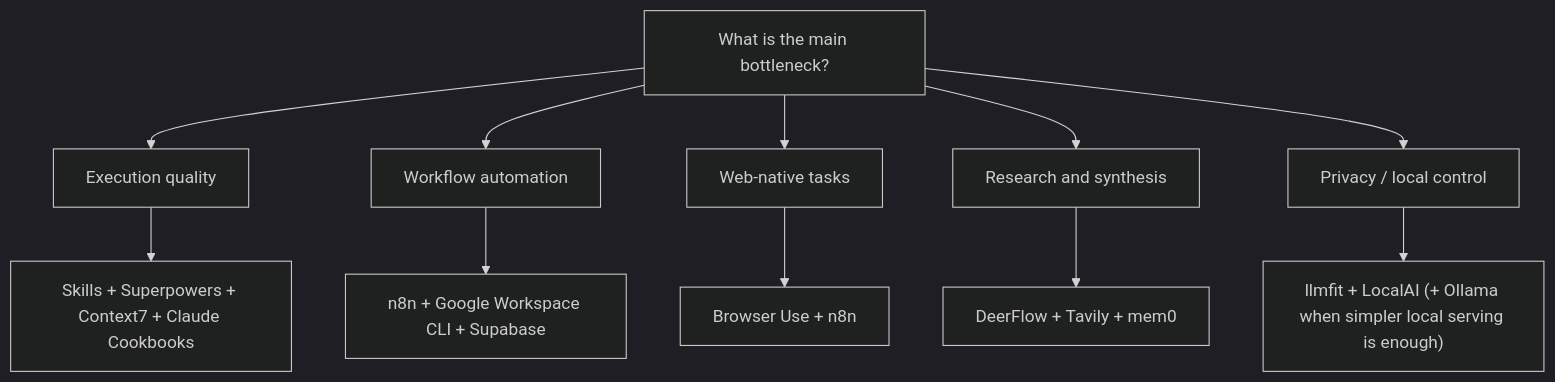
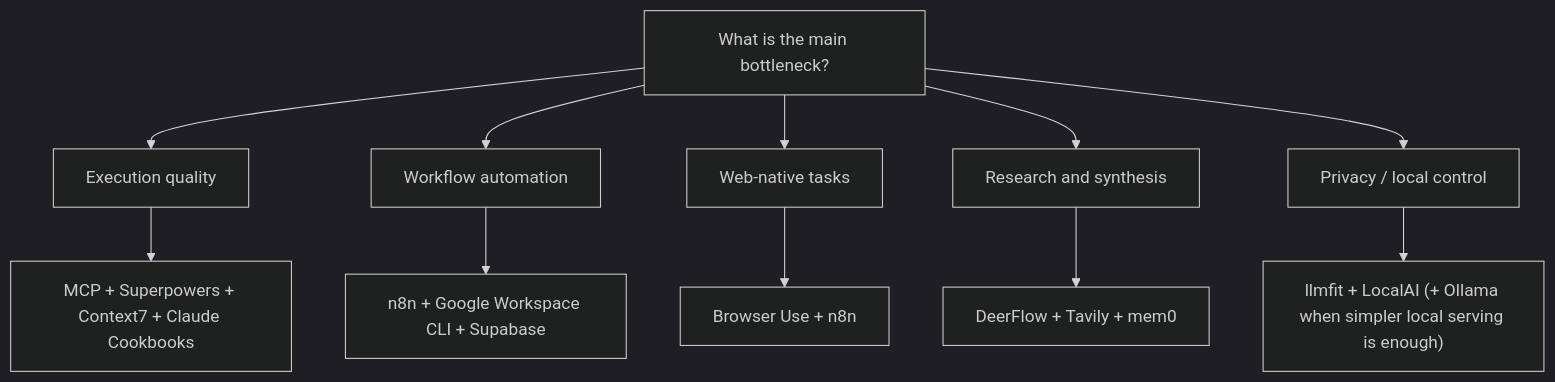
Before and after one commit to joanmarcriera/Home-office-automations: the diagram in docs/knowledge_base/ai_company_starter_stack.md, drawn with Mermaid (dark theme). The commit also changed other lines of this file and 4 other files, not shown here.

````diff
--- a/docs/knowledge_base/ai_company_starter_stack.md
+++ b/docs/knowledge_base/ai_company_starter_stack.md
@@ -165,14 +184,14 @@
 ```mermaid
 flowchart TD
     A["What is the main bottleneck?"] --> B["Execution quality"]
     A --> C["Workflow automation"]
     A --> D["Web-native tasks"]
     A --> E["Research and synthesis"]
     A --> F["Privacy / local control"]
 
-    B --> B1["Skills + Superpowers + Context7 + Claude Cookbooks"]
+    B --> B1["MCP + Superpowers + Context7 + Claude Cookbooks"]
     C --> C1["n8n + Google Workspace CLI + Supabase"]
     D --> D1["Browser Use + n8n"]
     E --> E1["DeerFlow + Tavily + mem0"]
     F --> F1["llmfit + LocalAI (+ Ollama when simpler local serving is enough)"]
 ```
````
